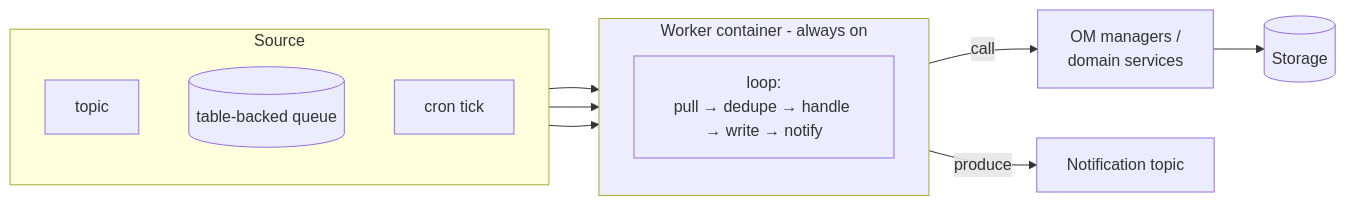
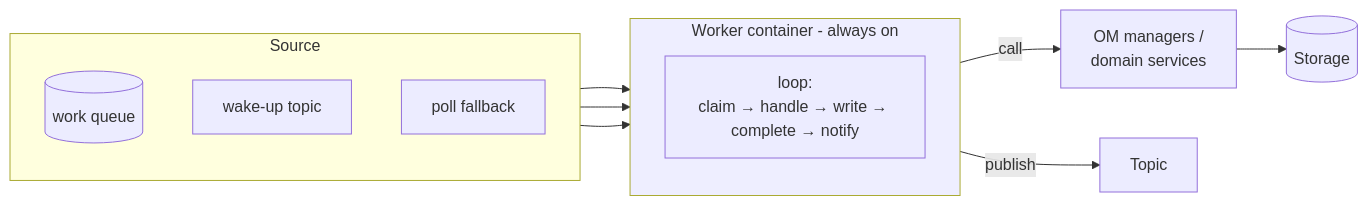
The sixth of 7 diagrams in architecture.md (Crack525/swe_guidelines), drawn with Mermaid before and after one commit. The commit also changed other lines of this file and 49 other files, not shown here.

````diff
--- a/architecture.md
+++ b/architecture.md
@@ -1431,27 +1831,27 @@
 ``` mermaid
 flowchart LR
     subgraph Source [Source]
         direction TB
-        Topic[topic]
-        Queue[(table-backed queue)]
-        Cron[cron tick]
+        Queue[(work queue)]
+        Wake[wake-up topic]
+        Tick[poll fallback]
     end
 
     subgraph Worker [Worker container - always on]
         direction TB
-        Loop["loop:<br/>pull → dedupe → handle → write → notify"]
+        Loop["loop:<br/>claim → handle → write → complete → notify"]
     end
 
     Mgr[OM managers /<br/>domain services]
     Sto[(Storage)]
-    Notif[Notification topic]
+    Notif[Topic]
 
-    Topic --> Loop
     Queue --> Loop
-    Cron --> Loop
+    Wake --> Loop
+    Tick --> Loop
     Loop -->|call| Mgr
     Mgr --> Sto
-    Loop -->|produce| Notif
+    Loop -->|publish| Notif
 
     style Worker fill:#eef
 ```
````
